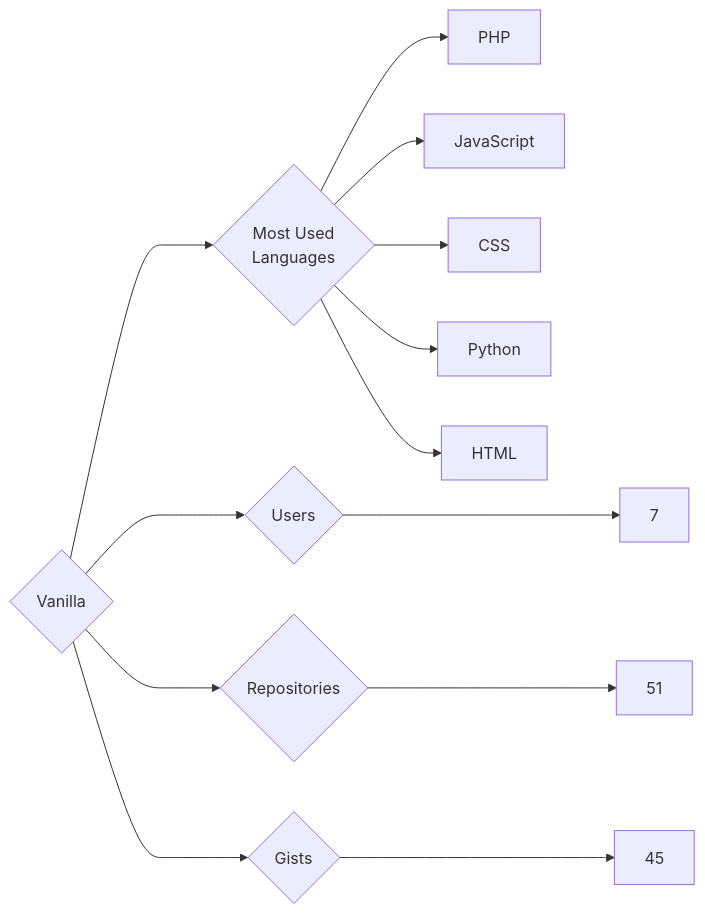
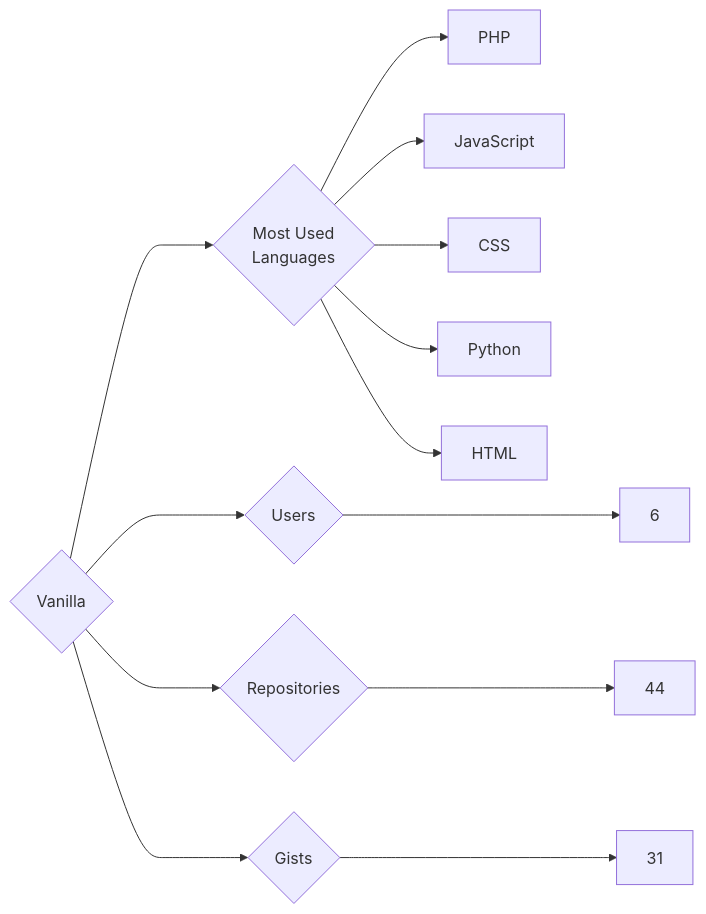
The diagram in targets/Vanilla/README.md (trickest/insiders), drawn with Mermaid before and after one commit. The commit also changed 796 other files, not shown here.

````diff
--- a/targets/Vanilla/README.md
+++ b/targets/Vanilla/README.md
@@ -3,13 +3,13 @@
 ```mermaid
 graph LR
 COMPANY_NAME{Vanilla}
-COMPANY_NAME ---> U{Users} ---> UN[7]
-COMPANY_NAME ---> R{Repositories} ---> RN[51]
-COMPANY_NAME ---> G{Gists} ---> GN[45]
+COMPANY_NAME ---> U{Users} ---> UN[6]
+COMPANY_NAME ---> R{Repositories} ---> RN[44]
+COMPANY_NAME ---> G{Gists} ---> GN[31]
 COMPANY_NAME ---> ML{Most Used<br>Languages}
 ML --> PHP[PHP]
 ML --> JavaScript[JavaScript]
 ML --> CSS[CSS]
 ML --> Python[Python]
 ML --> HTML[HTML]
 ```
````
